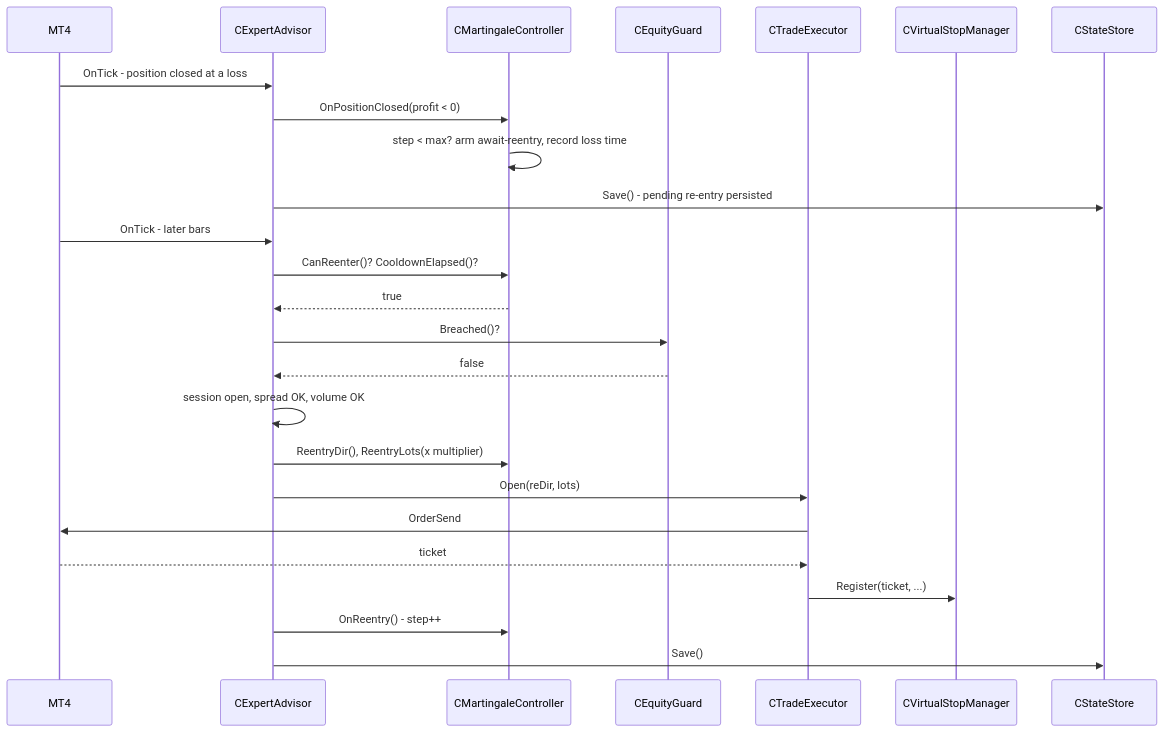
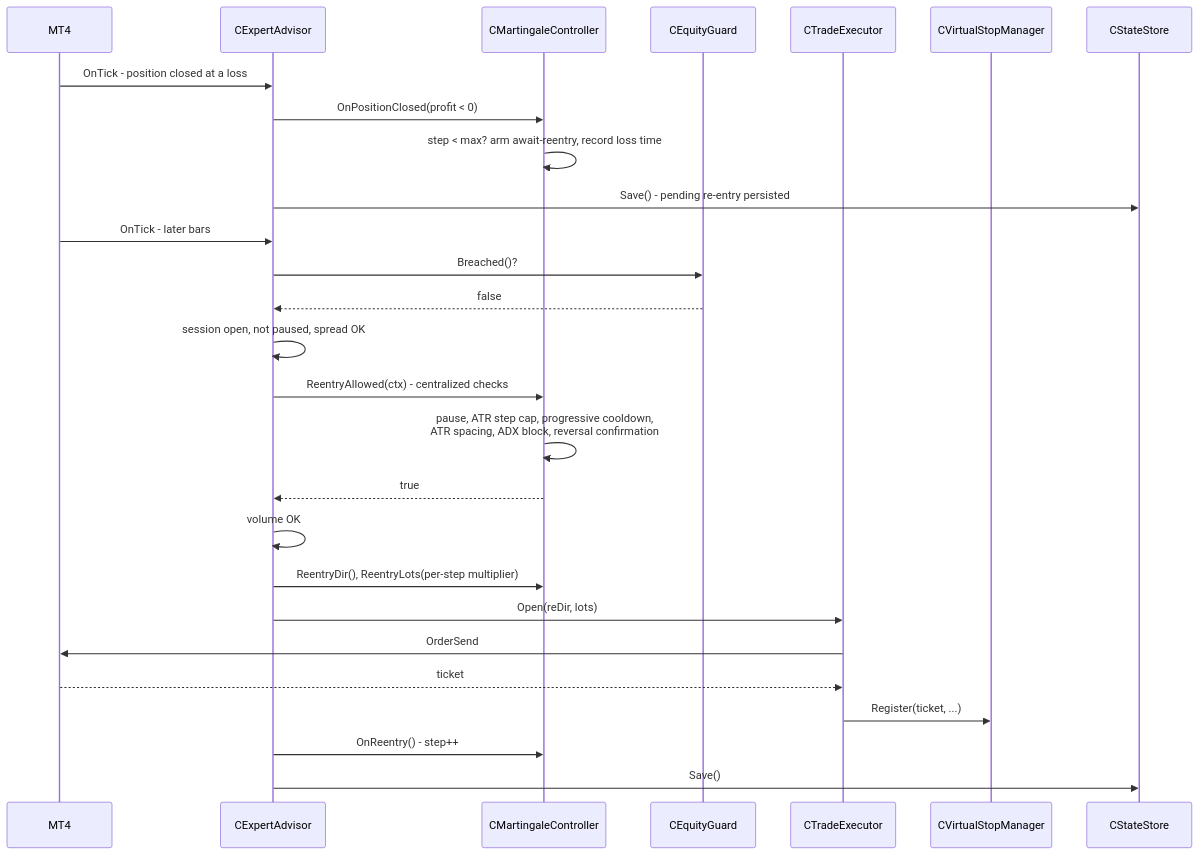
The fourth of 6 diagrams in README.md (nhasibuan/oneminuteman), drawn with Mermaid before and after one commit. The commit also changed other lines of this file and 1 other file, not shown here.

First line of the commit message:
feat(v10.10): centralized consecutive-loss protection for martingale

````diff
--- a/README.md
+++ b/README.md
@@ -374,29 +381,31 @@
 ```mermaid
 sequenceDiagram
     participant MT4
     participant EA as CExpertAdvisor
     participant Mart as CMartingaleController
     participant Guard as CEquityGuard
     participant Exec as CTradeExecutor
     participant VSL as CVirtualStopManager
     participant Store as CStateStore
 
     MT4->>EA: OnTick - position closed at a loss
     EA->>Mart: OnPositionClosed(profit < 0)
     Mart->>Mart: step < max? arm await-reentry, record loss time
     EA->>Store: Save() - pending re-entry persisted
 
     MT4->>EA: OnTick - later bars
-    EA->>Mart: CanReenter()? CooldownElapsed()?
-    Mart-->>EA: true
     EA->>Guard: Breached()?
     Guard-->>EA: false
-    EA->>EA: session open, spread OK, volume OK
-    EA->>Mart: ReentryDir(), ReentryLots(x multiplier)
+    EA->>EA: session open, not paused, spread OK
+    EA->>Mart: ReentryAllowed(ctx) - centralized checks
+    Mart->>Mart: pause, ATR step cap, progressive cooldown,<br/>ATR spacing, ADX block, reversal confirmation
+    Mart-->>EA: true
+    EA->>EA: volume OK
+    EA->>Mart: ReentryDir(), ReentryLots(per-step multiplier)
     EA->>Exec: Open(reDir, lots)
     Exec->>MT4: OrderSend
     MT4-->>Exec: ticket
     Exec->>VSL: Register(ticket, ...)
     EA->>Mart: OnReentry() - step++
     EA->>Store: Save()
 ```
````
